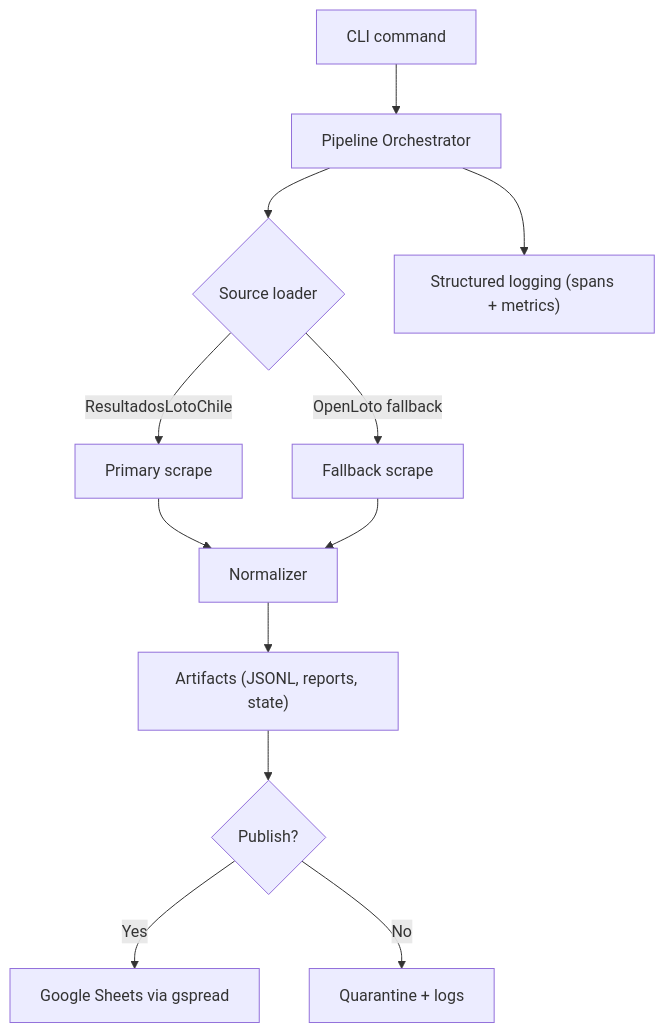
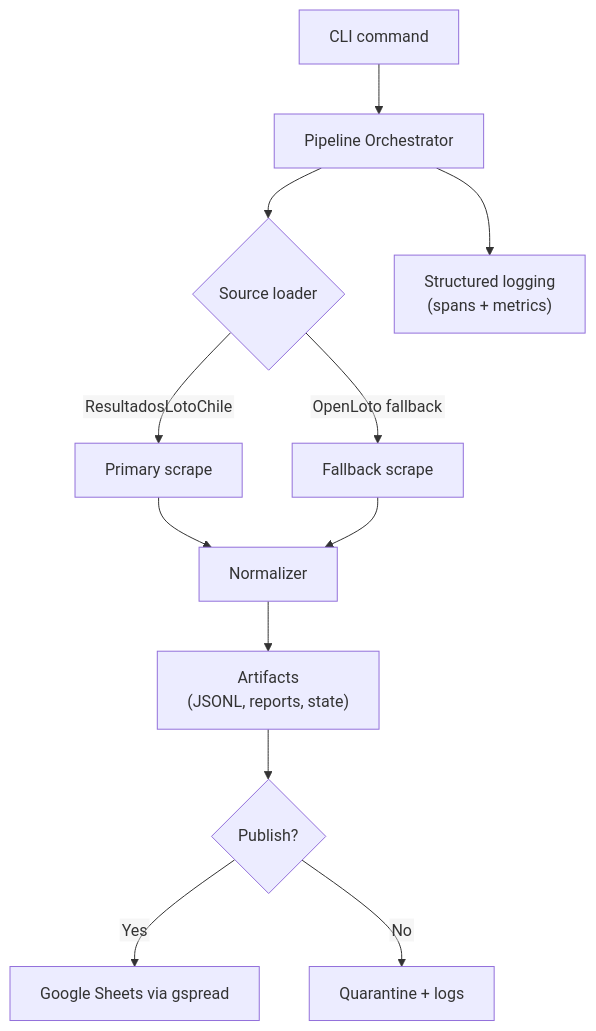
One commit to cortega26/polla changed the diagram in README.md. Above: the diagram before and after it, drawn with Mermaid.

````diff
--- a/README.md
+++ b/README.md
@@ -28,15 +28,15 @@
 ```mermaid
-%%{init: {"themeVariables": {"fontSize": "16px"}}}%%
+%%{init: {"themeVariables": {"fontSize":"16px"}, "flowchart": {"htmlLabels": false, "wrap": true}}}%%
 flowchart TB
   A[CLI command] --> B[Pipeline Orchestrator]
   B --> C{Source loader}
   C -->|ResultadosLotoChile| D[Primary scrape]
   C -->|OpenLoto fallback| E[Fallback scrape]
   D --> F[Normalizer]
   E --> F[Normalizer]
-  F --> G["Artifacts (JSONL, reports, state)"]
+  F --> G["Artifacts<br/>(JSONL, reports, state)"]
   G --> H{Publish?}
   H -->|Yes| I[Google Sheets via gspread]
   H -->|No| J[Quarantine + logs]
-  B --> K["Structured logging (spans + metrics)"]
+  B --> K["Structured logging<br/>(spans + metrics)"]
 ```
````
